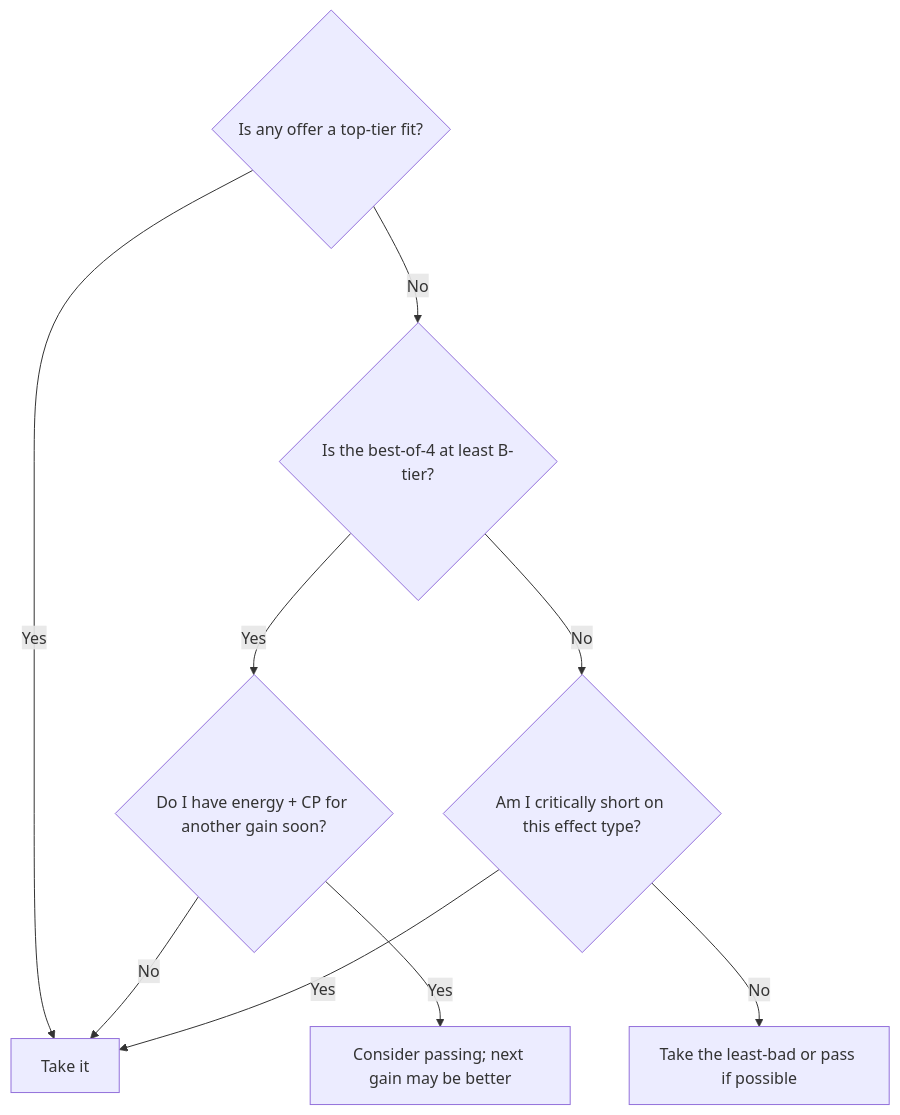
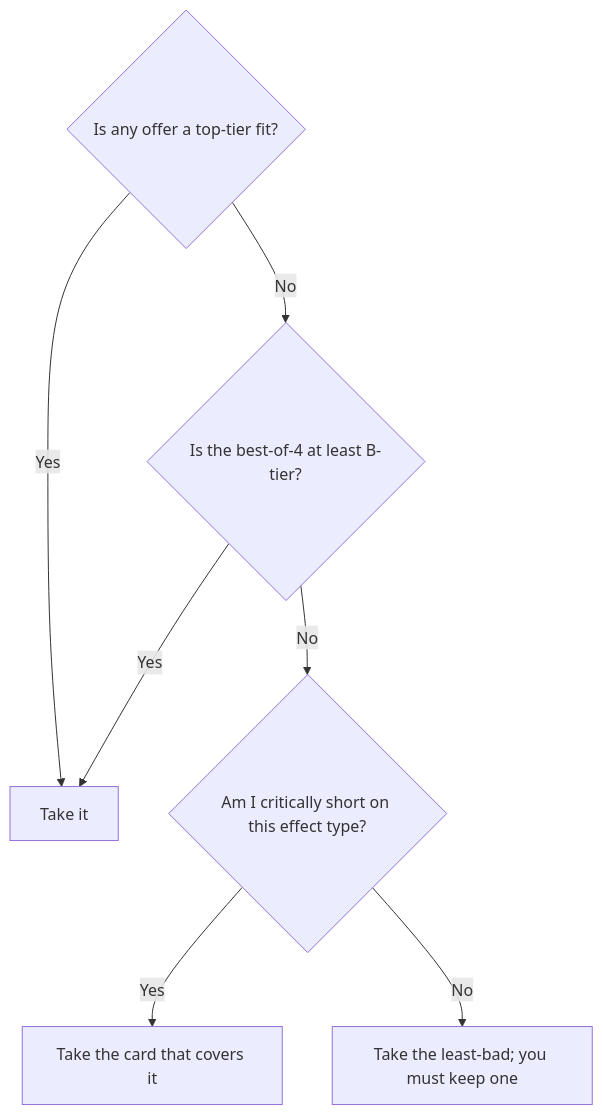
One commit to bfowle/spirit-island changed the diagram in src/fundamentals/card-draft-theory.md. Above: the diagram before and after it, drawn with Mermaid. The commit also changed other lines of this file and 31 other files, not shown here.

```diff
--- a/src/fundamentals/card-draft-theory.md
+++ b/src/fundamentals/card-draft-theory.md
@@ -52,11 +54,9 @@
 <pre class="mermaid">
 graph TD
   Q1{Is any offer a top-tier fit?} -->|Yes| Take[Take it]
   Q1 -->|No| Q2{Is the best-of-4 at least B-tier?}
-  Q2 -->|Yes| Q3{Do I have energy + CP for another gain soon?}
-  Q3 -->|Yes| Consider[Consider passing; next gain may be better]
-  Q3 -->|No| Take
+  Q2 -->|Yes| Take
   Q2 -->|No| Q4{Am I critically short on this effect type?}
-  Q4 -->|Yes| Take
-  Q4 -->|No| Pass[Take the least-bad or pass if possible]
+  Q4 -->|Yes| Cover[Take the card that covers it]
+  Q4 -->|No| Least[Take the least-bad; you must keep one]
 </pre>
```
